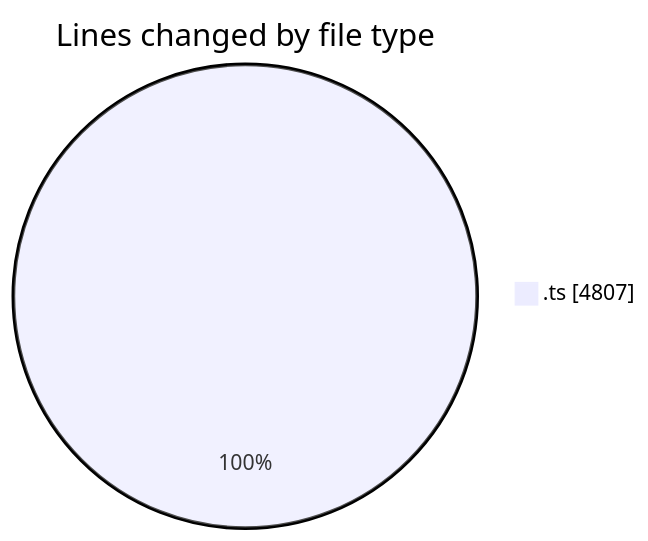
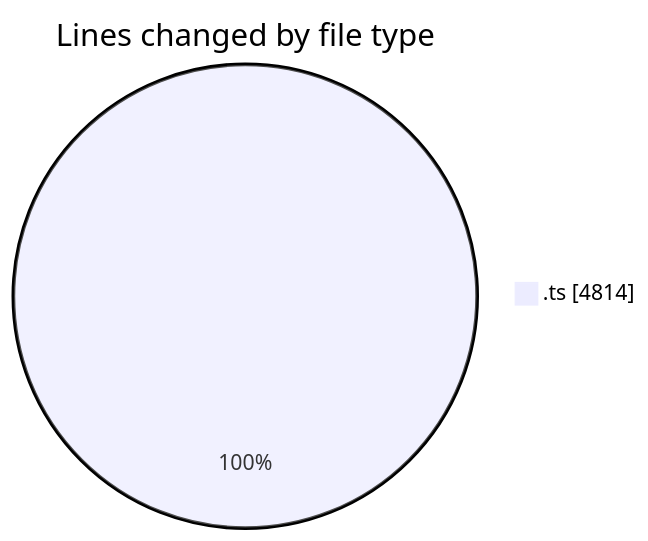
Before and after one commit to momahboobian/code-tracking: the first of 2 diagrams in 2025-08-08/cda/README.md, drawn with Mermaid. The commit also changed other lines of this file and 1 other file, not shown here.

````diff
--- a/2025-08-08/cda/README.md
+++ b/2025-08-08/cda/README.md
@@ -27,5 +27,5 @@
 ```mermaid
 pie showData
 title Lines changed by file type
-".ts" : 4807
+".ts" : 4814
 ```
````
